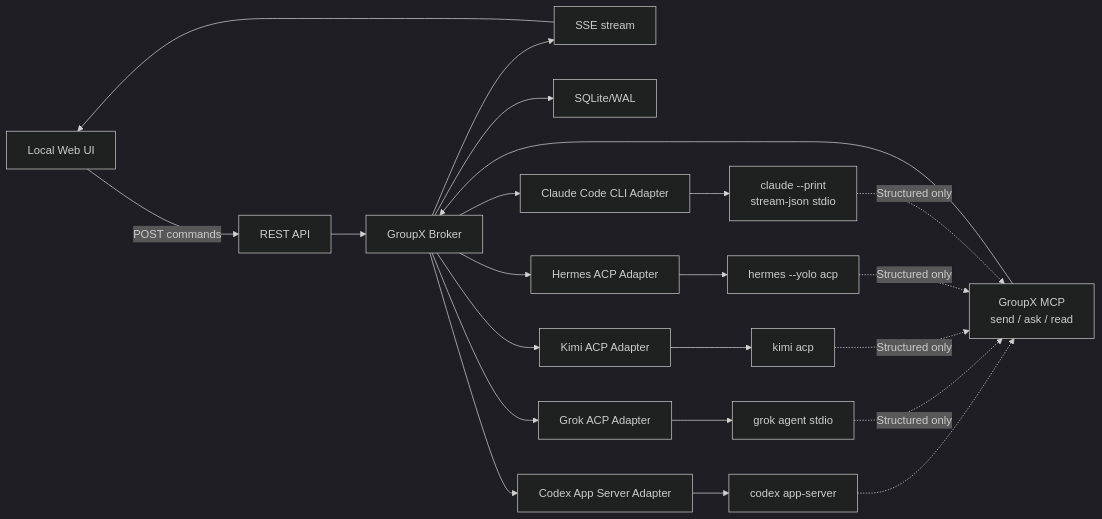
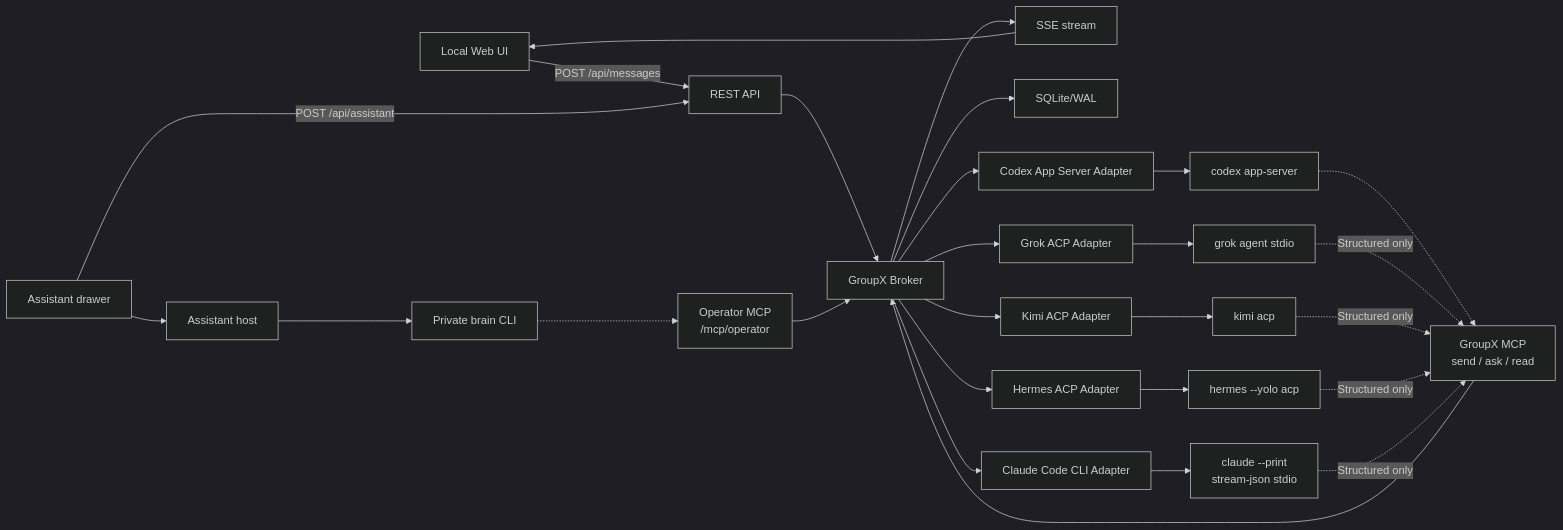
The first of 3 diagrams in docs/IMPLEMENTATION.md (susyimes/GroupX), drawn with Mermaid (dark theme) before and after one commit. The commit also changed other lines of this file and 56 other files, not shown here.

First line of the commit message:
feat: add the room assistant as a local-operator client

````diff
--- a/docs/IMPLEMENTATION.md
+++ b/docs/IMPLEMENTATION.md
@@ -79,24 +79,29 @@
 ```mermaid
 flowchart LR
-    UI["Local Web UI"] -- "POST commands" --> API["REST API"]
+    UI["Local Web UI"] -- "POST /api/messages" --> API["REST API"]
+    AssistantUI["Assistant drawer"] -- "POST /api/assistant" --> API
     SSE["SSE stream"] --> UI
     API --> Broker["GroupX Broker"]
     Broker --> SSE
     Broker --> Store["SQLite/WAL"]
+    AssistantUI --> AssistantHost["Assistant host"]
+    AssistantHost --> AssistantBrain["Private brain CLI"]
+    AssistantBrain -.-> OperatorMCP["Operator MCP<br/>/mcp/operator"]
+    OperatorMCP --> Broker
     Broker --> CodexAdapter["Codex App Server Adapter"]
     Broker --> GrokAdapter["Grok ACP Adapter"]
     Broker --> KimiAdapter["Kimi ACP Adapter"]
     Broker --> HermesAdapter["Hermes ACP Adapter"]
     Broker --> ClaudeAdapter["Claude Code CLI Adapter"]
     CodexAdapter --> CodexNative["codex app-server"]
     GrokAdapter --> GrokNative["grok agent stdio"]
     KimiAdapter --> KimiNative["kimi acp"]
     HermesAdapter --> HermesNative["hermes --yolo acp"]
     ClaudeAdapter --> ClaudeNative["claude --print<br/>stream-json stdio"]
     CodexNative -.-> GroupXMCP["GroupX MCP<br/>send / ask / read"]
     GrokNative -. "Structured only" .-> GroupXMCP
     KimiNative -. "Structured only" .-> GroupXMCP
     HermesNative -. "Structured only" .-> GroupXMCP
     ClaudeNative -. "Structured only" .-> GroupXMCP
     GroupXMCP --> Broker
 ```
````
